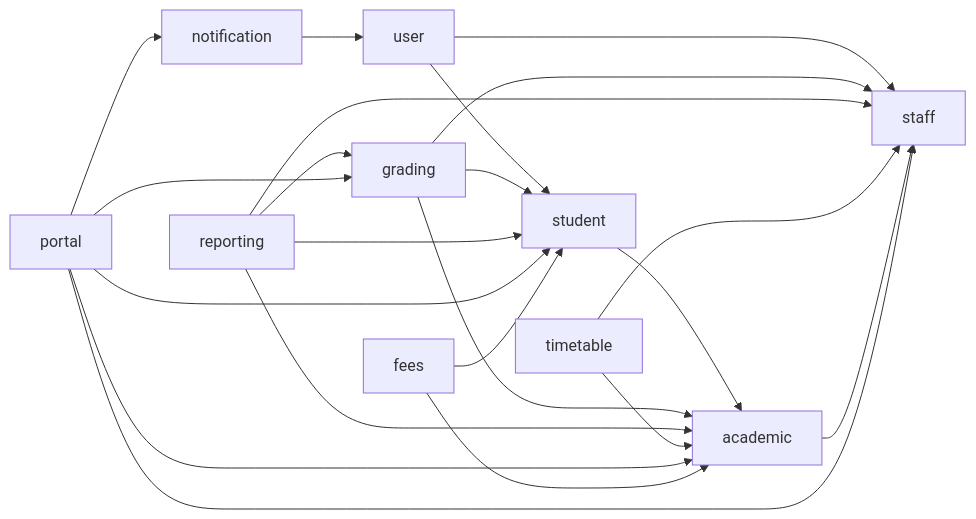
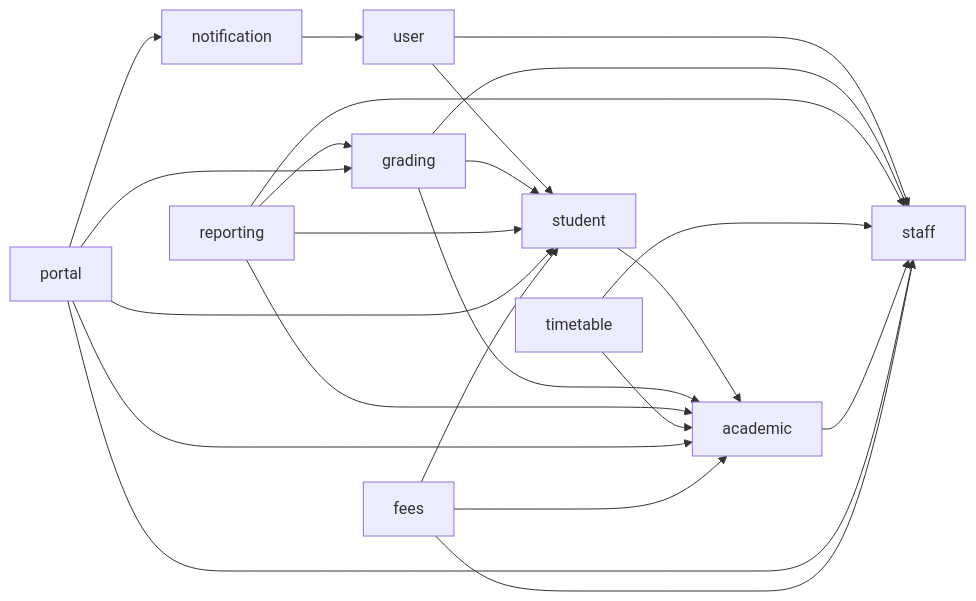
Before and after one commit to Elshamma-Project/School-Mgmt-Back: the diagram in docs/08-architecture-modulaire.md, drawn with Mermaid. The commit also changed other lines of this file and 7 other files, not shown here.

````diff
--- a/docs/08-architecture-modulaire.md
+++ b/docs/08-architecture-modulaire.md
@@ -24,12 +24,12 @@
 ```mermaid
 flowchart LR
   user --> staff & student
   student --> academic
   grading --> academic & student & staff
   reporting --> grading & academic & student & staff
   timetable --> academic & staff
   academic --> staff
   notification --> user
   portal --> academic & student & staff & grading & notification
-  fees --> academic & student
+  fees --> academic & student & staff
 ```
````
